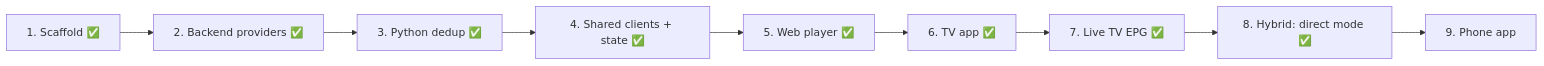
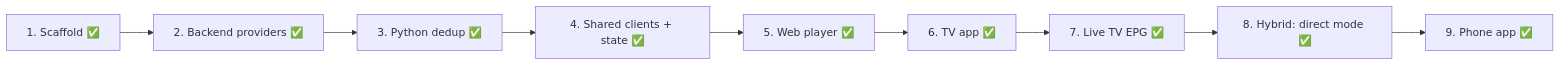
One commit to brunoccst/iptv-player changed the diagram in documentation/NEXT-STEPS.md. Above: the diagram before and after it, drawn with Mermaid. The commit also changed other lines of this file, not shown here.

````diff
--- a/documentation/NEXT-STEPS.md
+++ b/documentation/NEXT-STEPS.md
@@ -7,6 +35,6 @@
 ```mermaid
 flowchart LR
   S1[1. Scaffold ✅] --> S2[2. Backend providers ✅] --> S3[3. Python dedup ✅] --> S4[4. Shared clients + state ✅]
   S4 --> S5[5. Web player ✅] --> S6[6. TV app ✅] --> S7[7. Live TV EPG ✅] --> S8[8. Hybrid: direct mode ✅]
-  S8 --> S9[9. Phone app]
+  S8 --> S9[9. Phone app ✅]
 ```
````
